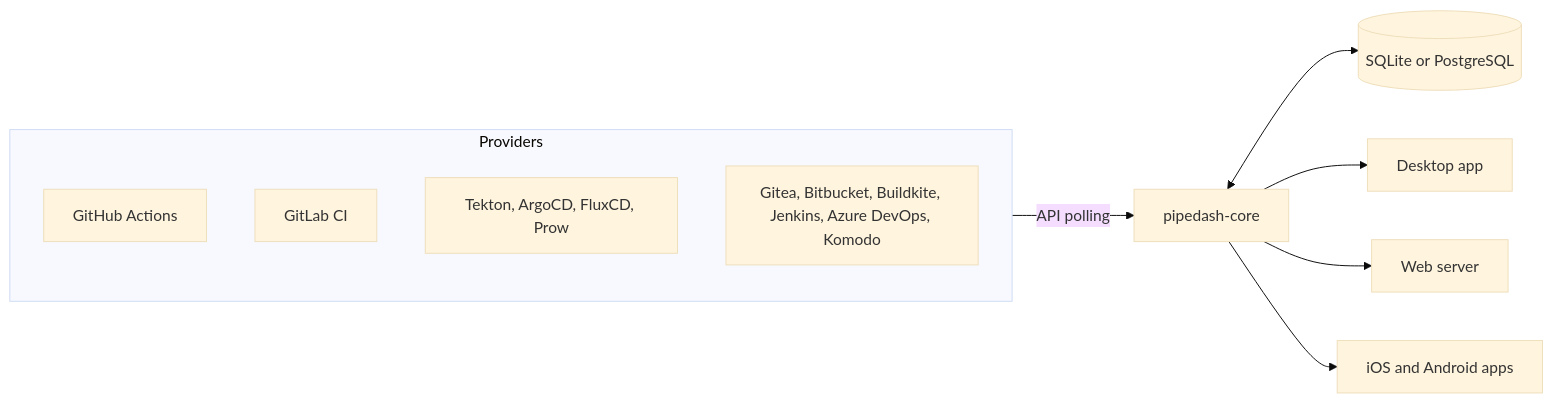
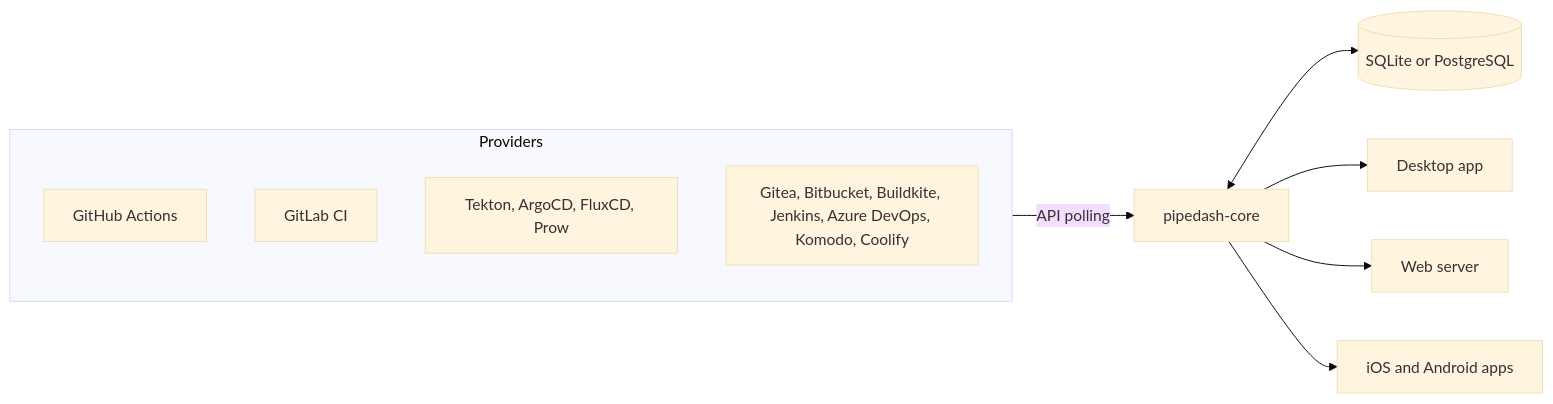
The diagram in README.md (hcavarsan/pipedash), drawn with Mermaid (base theme) before and after one commit. The commit also changed other lines of this file and 20 other files, not shown here.

````diff
--- a/README.md
+++ b/README.md
@@ -89,14 +89,14 @@
 ```mermaid
 flowchart LR
   subgraph Providers
     GH[GitHub Actions]
     GL[GitLab CI]
     K8S[Tekton, ArgoCD, FluxCD, Prow]
-    More[Gitea, Bitbucket, Buildkite, Jenkins, Azure DevOps, Komodo]
+    More[Gitea, Bitbucket, Buildkite, Jenkins, Azure DevOps, Komodo, Coolify]
   end
   Providers -- API polling --> Core[pipedash-core]
   Core <--> DB[(SQLite or PostgreSQL)]
   Core --> Desktop[Desktop app]
   Core --> Web[Web server]
   Core --> Mobile[iOS and Android apps]
 ```
````
